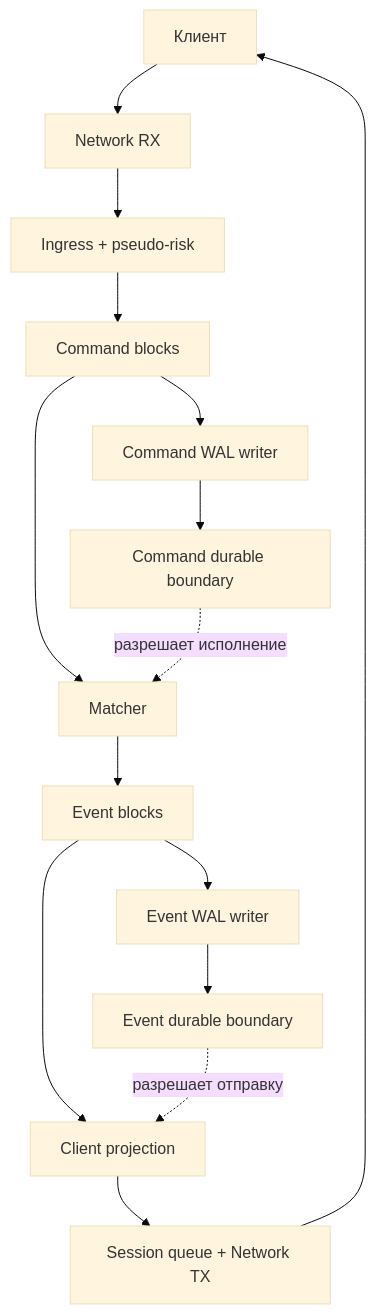
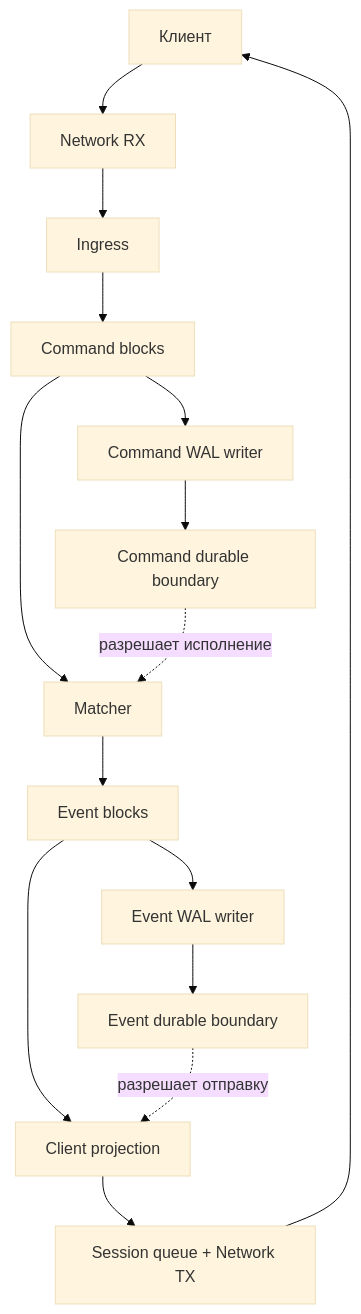
The diagram in thoughts/exchange/tract/TRACT_CONCEPT 0.md (UglyPusher/ll_exp), drawn with Mermaid (base theme) before and after one commit. The commit also changed other lines of this file and 24 other files, not shown here.

````diff
--- a/thoughts/exchange/tract/TRACT_CONCEPT 0.md
+++ b/thoughts/exchange/tract/TRACT_CONCEPT 0.md
@@ -14,17 +14,17 @@
 ```mermaid
 flowchart TD
     C["Клиент"] --> RX["Network RX"]
-    RX --> I["Ingress + pseudo-risk"]
+    RX --> I["Ingress"]
     I --> CT["Command blocks"]
     CT --> CW["Command WAL writer"]
     CW --> CD["Command durable boundary"]
     CT --> M["Matcher"]
     CD -. "разрешает исполнение" .-> M
     M --> ET["Event blocks"]
     ET --> EW["Event WAL writer"]
     EW --> ED["Event durable boundary"]
     ET --> P["Client projection"]
     ED -. "разрешает отправку" .-> P
     P --> TX["Session queue + Network TX"]
     TX --> C
 ```
````
